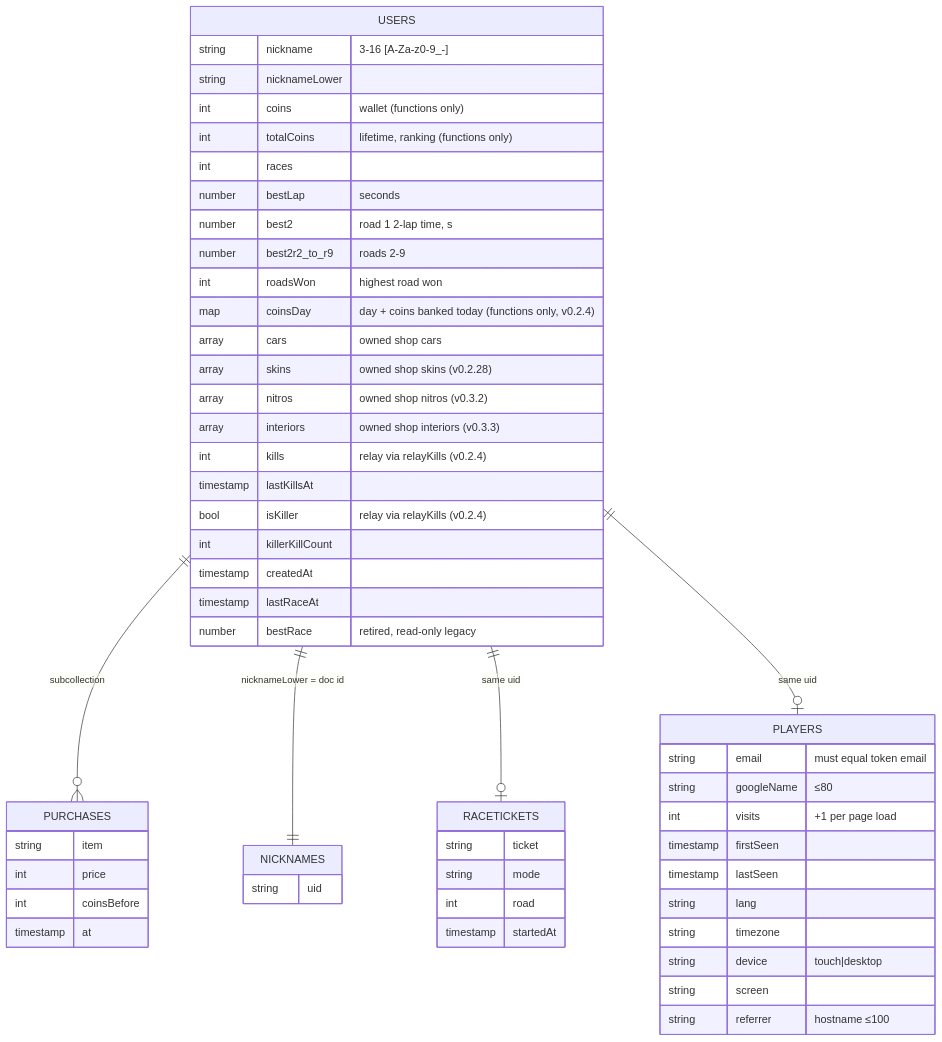
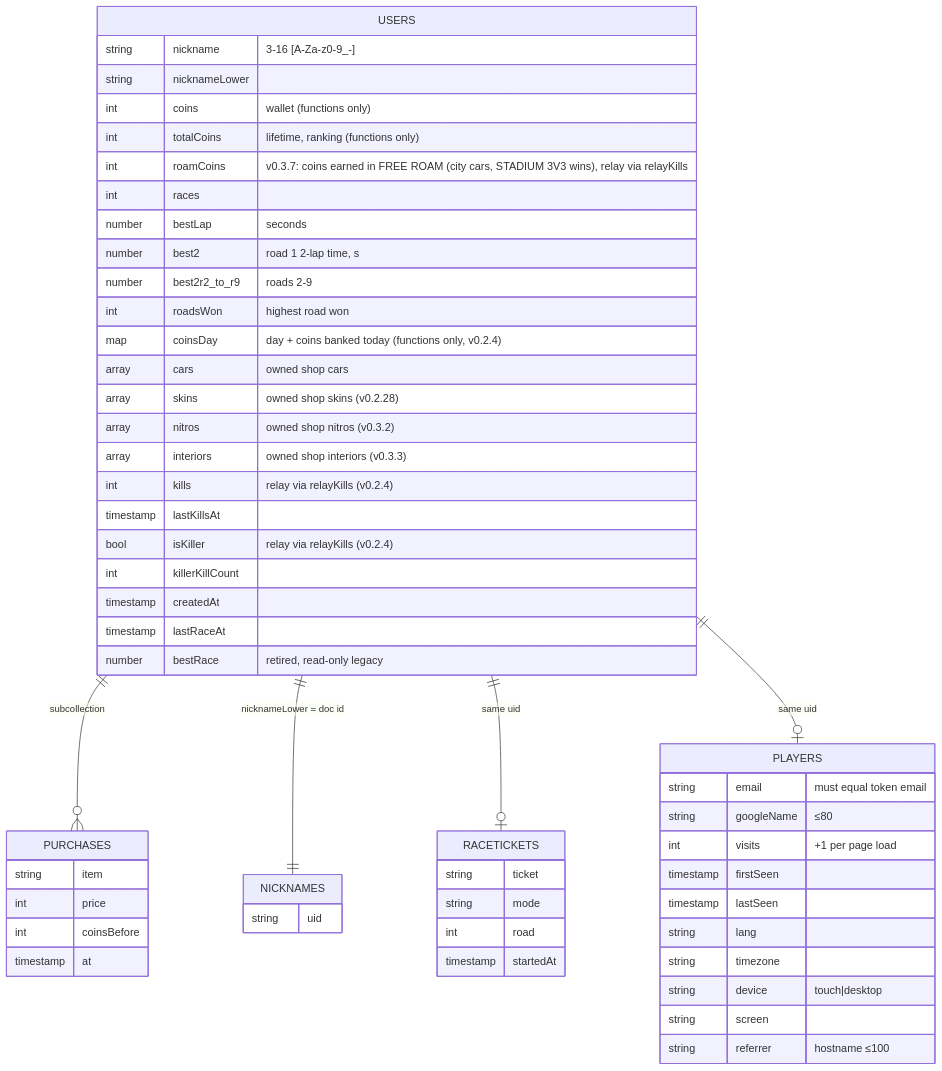
The diagram in techplan/05-data.md (kalk1t/neon_c), drawn with Mermaid before and after one commit. The commit also changed 5 other files, not shown here.

Commit message:
techplan: v0.3.7 city cars pay coins, STADIUM 3V3 (components, data, testing, risks, constants)

````diff
--- a/techplan/05-data.md
+++ b/techplan/05-data.md
@@ -7,45 +7,46 @@
 ```mermaid
 erDiagram
   USERS ||--o{ PURCHASES : "subcollection"
   USERS ||--|| NICKNAMES : "nicknameLower = doc id"
   USERS ||--o| RACETICKETS : "same uid"
   USERS ||--o| PLAYERS : "same uid"
   USERS {
     string nickname "3-16 [A-Za-z0-9_-]"
     string nicknameLower
     int coins "wallet (functions only)"
     int totalCoins "lifetime, ranking (functions only)"
+    int roamCoins "v0.3.7: coins earned in FREE ROAM (city cars, STADIUM 3V3 wins), relay via relayKills"
     int races
     number bestLap "seconds"
     number best2 "road 1 2-lap time, s"
     number best2r2_to_r9 "roads 2-9"
     int roadsWon "highest road won"
     map coinsDay "day + coins banked today (functions only, v0.2.4)"
     array cars "owned shop cars"
     array skins "owned shop skins (v0.2.28)"
     array nitros "owned shop nitros (v0.3.2)"
     array interiors "owned shop interiors (v0.3.3)"
     int kills "relay via relayKills (v0.2.4)"
     timestamp lastKillsAt
     bool isKiller "relay via relayKills (v0.2.4)"
     int killerKillCount
     timestamp createdAt
     timestamp lastRaceAt
     number bestRace "retired, read-only legacy"
   }
   NICKNAMES { string uid }
   PURCHASES { string item  int price  int coinsBefore  timestamp at }
   RACETICKETS { string ticket  string mode  int road  timestamp startedAt }
   PLAYERS {
     string email "must equal token email"
     string googleName "≤80"
     int visits "+1 per page load"
     timestamp firstSeen
     timestamp lastSeen
     string lang
     string timezone
     string device "touch|desktop"
     string screen
     string referrer "hostname ≤100"
   }
 ```
````
